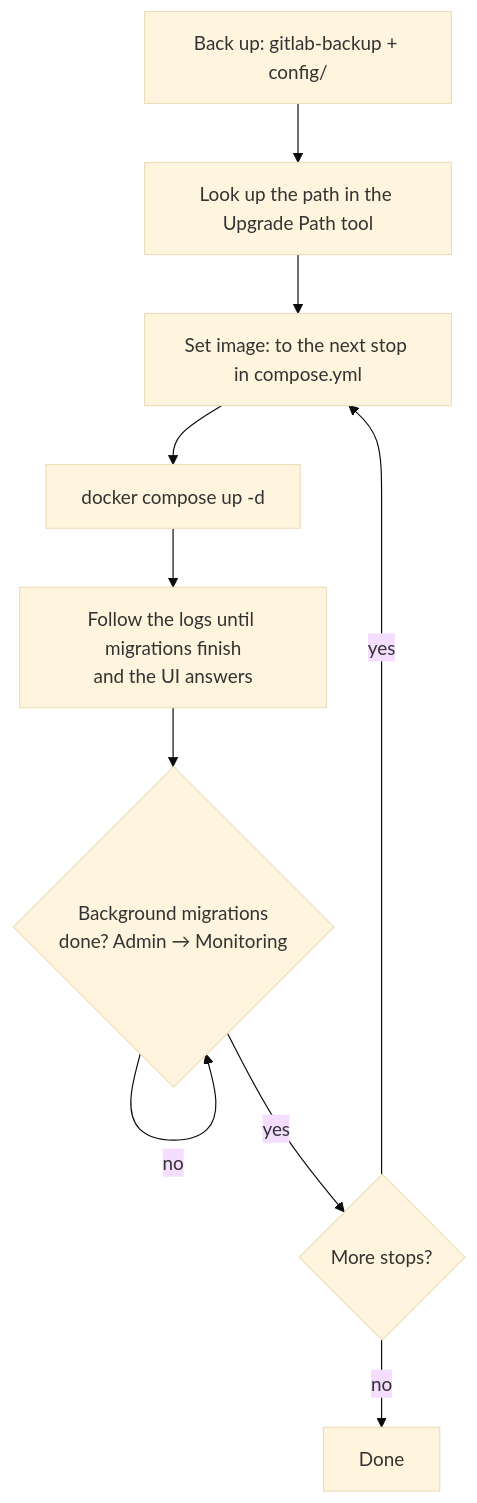
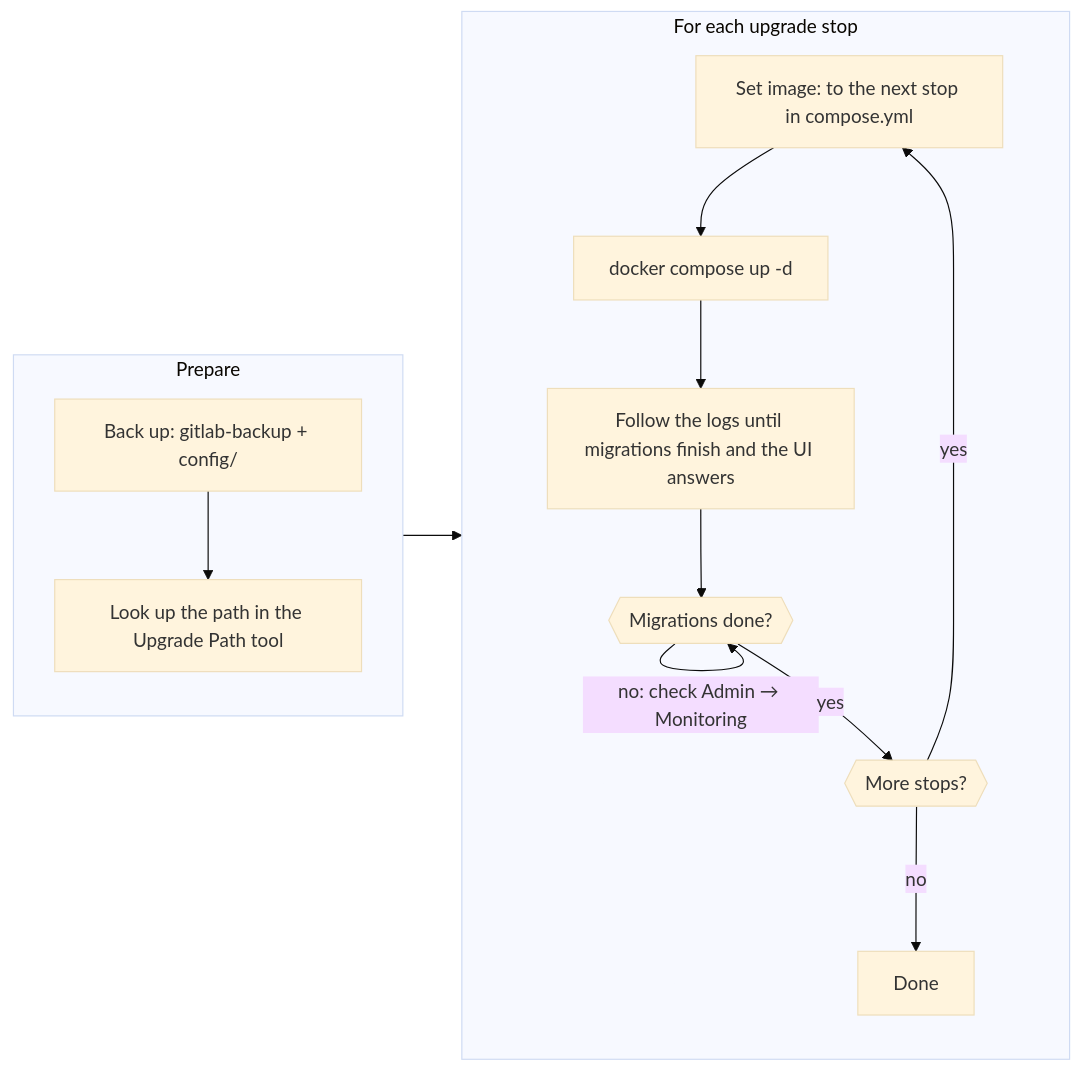
Before and after one commit to e-choness/portfolio-site: the second of 2 diagrams in _posts/2025-07-13-chapter-1-5-docker-gitlab.md, drawn with Mermaid (base theme). The commit also changed 22 other files, not shown here.

Commit message:
improve diagram display

````diff
--- a/_posts/2025-07-13-chapter-1-5-docker-gitlab.md
+++ b/_posts/2025-07-13-chapter-1-5-docker-gitlab.md
@@ -267,12 +267,18 @@
 ```mermaid
-flowchart TD
-  A[Back up: gitlab-backup + config/] --> B[Look up the path in the Upgrade Path tool]
-  B --> C[Set image: to the next stop in compose.yml]
-  C --> D[docker compose up -d]
-  D --> E[Follow the logs until migrations finish<br/>and the UI answers]
-  E --> F{Background migrations<br/>done? Admin → Monitoring}
-  F -- no --> F
-  F -- yes --> G{More stops?}
-  G -- yes --> C
-  G -- no --> H[Done]
+flowchart LR
+  subgraph prep["Prepare"]
+    direction TB
+    A[Back up: gitlab-backup + config/] --> B[Look up the path in the Upgrade Path tool]
+  end
+  subgraph stop["For each upgrade stop"]
+    direction TB
+    C[Set image: to the next stop in compose.yml] --> D[docker compose up -d]
+    D --> E[Follow the logs until migrations finish and the UI answers]
+    E --> F@{ shape: hex, label: "Migrations done?" }
+    F -- "no: check Admin → Monitoring" --> F
+    F -- yes --> G@{ shape: hex, label: "More stops?" }
+    G -- yes --> C
+    G -- no --> H[Done]
+  end
+  prep --> stop
 ```
````
